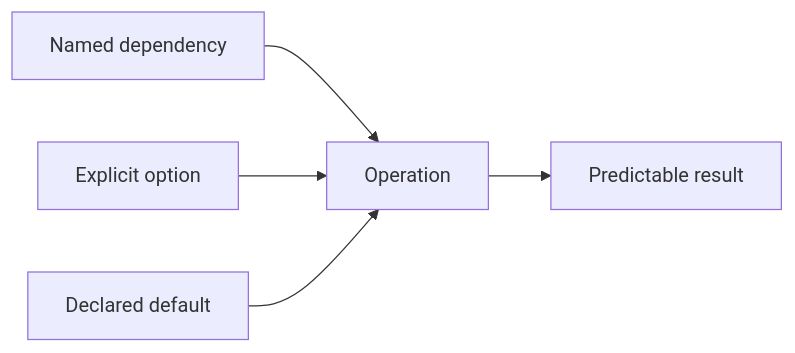
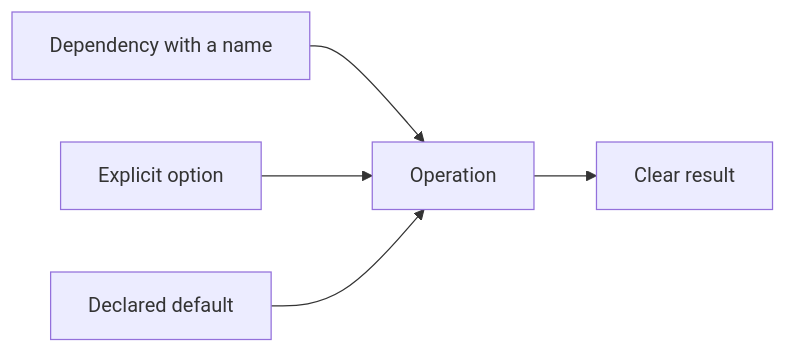
The diagram in docs/principles/details/p085-explicit-is-better-than-implicit.md (HomericIntelligence/Athena), drawn with Mermaid before and after one commit. The commit also changed other lines of this file and 91 other files, not shown here.

````diff
--- a/docs/principles/details/p085-explicit-is-better-than-implicit.md
+++ b/docs/principles/details/p085-explicit-is-better-than-implicit.md
@@ -37,7 +37,7 @@
 ```mermaid
 flowchart LR
-    A["Named dependency"] --> D["Operation"]
+    A["Dependency with a name"] --> D["Operation"]
     B["Explicit option"] --> D
     C["Declared default"] --> D
-    D --> E["Predictable result"]
+    D --> E["Clear result"]
 ```
````
